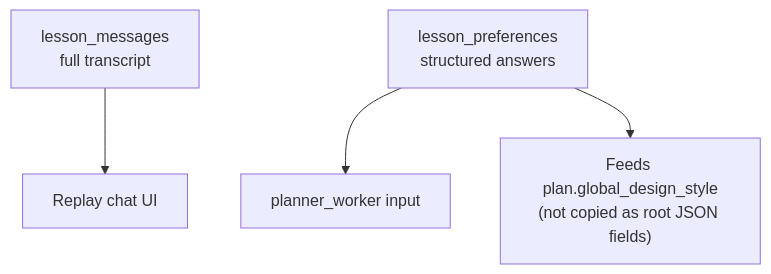
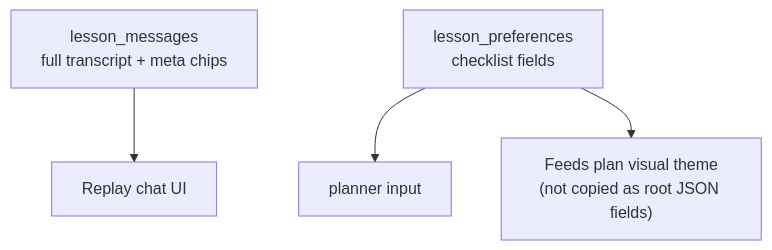
The fourth of 6 diagrams in docs/architecture/04-database.md (BasselSallam2/teacher-mock), drawn with Mermaid before and after one commit. The commit also changed other lines of this file and 10 other files, not shown here.

Commit message:
Enhance README and add system overview documentation; update media handling and lesson planning architecture. Introduce nested media folders and clarify production stack details.

````diff
--- a/docs/architecture/04-database.md
+++ b/docs/architecture/04-database.md
@@ -185,6 +233,6 @@
 ```mermaid
 flowchart TB
-  Messages["lesson_messages\nfull transcript"] --> ChatUX["Replay chat UI"]
-  Prefs["lesson_preferences\nstructured answers"] --> Planner["planner_worker input"]
-  Prefs --> Design["Feeds plan.global_design_style\n(not copied as root JSON fields)"]
+  Messages["lesson_messages\nfull transcript + meta chips"] --> ChatUX["Replay chat UI"]
+  Prefs["lesson_preferences\nchecklist fields"] --> Planner["planner input"]
+  Prefs --> Design["Feeds plan visual theme\n(not copied as root JSON fields)"]
 ```
````
